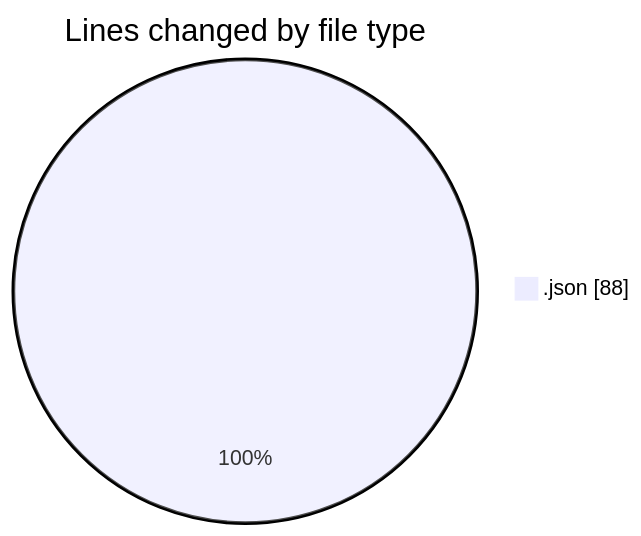
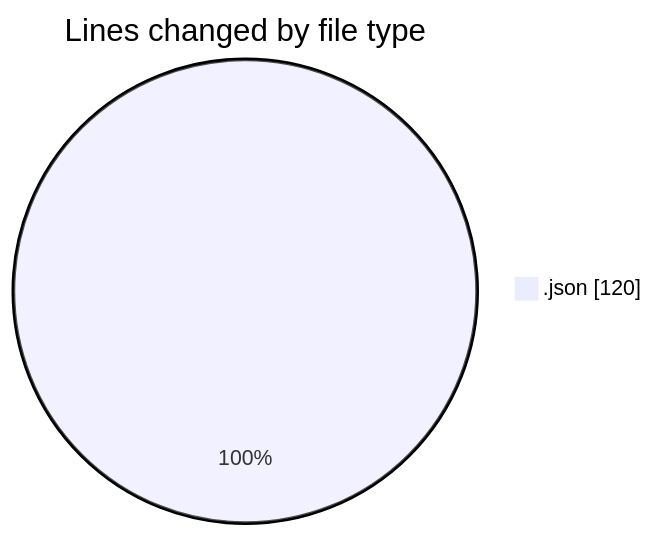
The first of 2 diagrams in 2026-02-08/new_folder__4_/README.md (ahmedfadelnemo-del/code-tracking), drawn with Mermaid before and after one commit. The commit also changed other lines of this file and 1 other file, not shown here.

````diff
--- a/2026-02-08/new_folder__4_/README.md
+++ b/2026-02-08/new_folder__4_/README.md
@@ -22,5 +22,5 @@
 ```mermaid
 pie showData
 title Lines changed by file type
-".json" : 88
+".json" : 120
 ```
````
